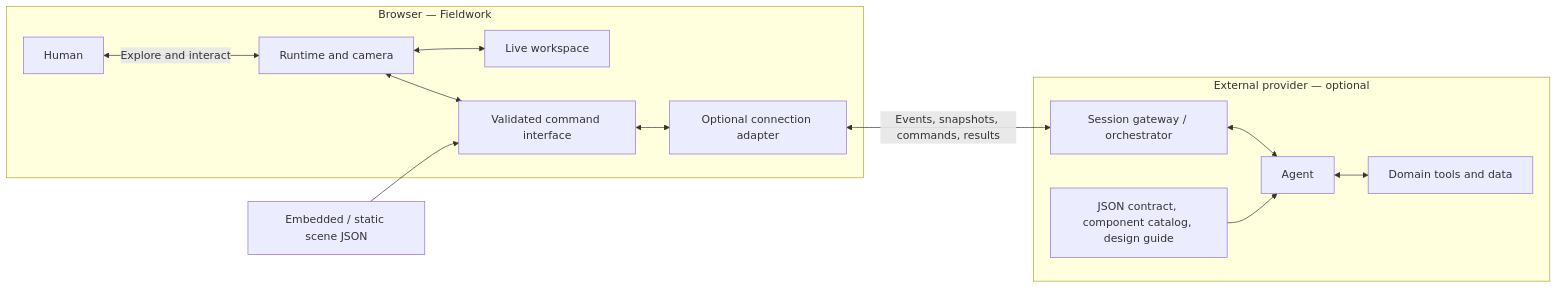
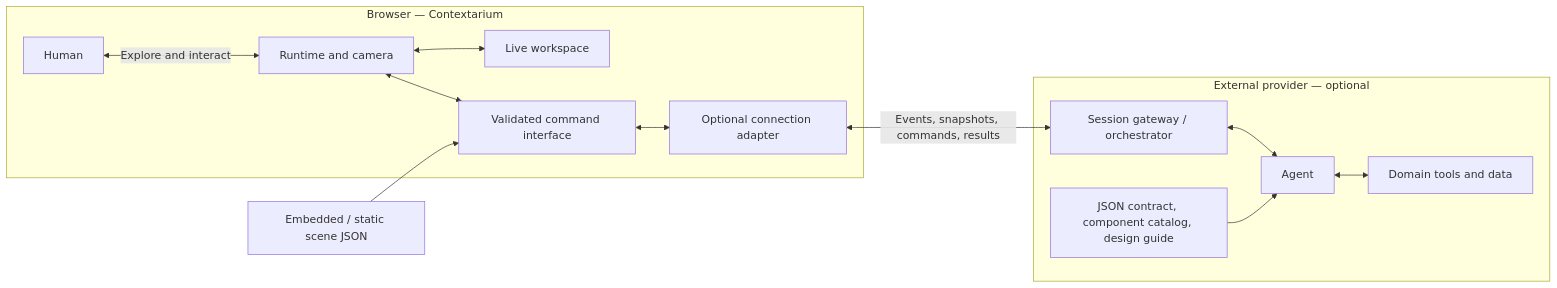
One commit to ericslandry/contextarium changed the first of 2 diagrams in docs/AGENT-INTEGRATION.md. Above: the diagram before and after it, drawn with Mermaid. The commit also changed other lines of this file and 16 other files, not shown here.

Commit message:
Rebrand Fieldwork as Contextarium

````diff
--- a/docs/AGENT-INTEGRATION.md
+++ b/docs/AGENT-INTEGRATION.md
@@ -19,20 +19,20 @@
 ```mermaid
 flowchart LR
-  subgraph Client["Browser — Fieldwork"]
+  subgraph Client["Browser — Contextarium"]
     H[Human] <-->|Explore and interact| R[Runtime and camera]
     R <--> W[Live workspace]
     R <--> V[Validated command interface]
     V <--> B[Optional connection adapter]
   end
   subgraph Provider["External provider — optional"]
     G[Session gateway / orchestrator]
     A[Agent]
     T[Domain tools and data]
     D[JSON contract, component catalog, design guide]
     G <--> A
     A <--> T
     D --> A
   end
   S[Embedded / static scene JSON] --> V
   B <-->|Events, snapshots, commands, results| G
 ```
````
